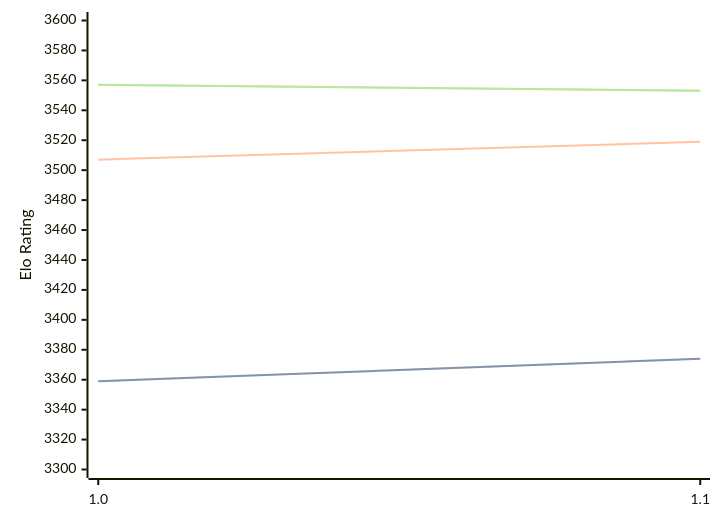
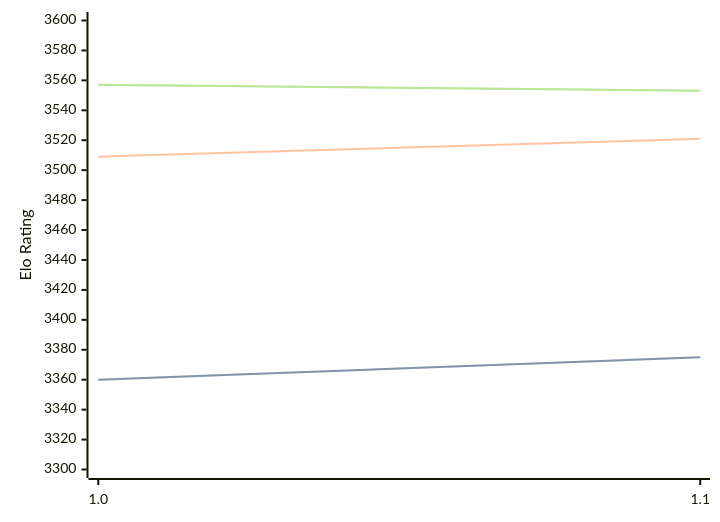
Before and after one commit to computer-chess-index/cci: the diagram in engines/Horsie.md, drawn with Mermaid. The commit also changed other lines of this file, not shown here.

Commit message:
Update CCI Ratings (ELO VLTC) - 2026-03-28

````diff
--- a/engines/Horsie.md
+++ b/engines/Horsie.md
@@ -32,11 +32,11 @@
 ```mermaid
 %%{init: {"theme":"base","themeVariables":{"seriesColors:['#a3a3a3','#222221','#faa371']}}}%%
 xychart-beta
   x-axis ["1.0", "1.1"]
   y-axis "Elo Rating" 3300 --> 3600
-  line "STC (8.0+0.08s)" [3359, 3374]
-  line "STC (8.0+0.08s)" [3359, 3374]
-  line "LTC (60.0+0.60s)" [3507, 3519]
+  line "STC (8.0+0.08s)" [3360, 3375]
+  line "STC (8.0+0.08s)" [3360, 3375]
+  line "LTC (60.0+0.60s)" [3509, 3521]
   line "VLTC (2m24s+1.12s)" [3557, 3553]
   line "VLTC (2m24s+1.12s)" [3557, 3553]
 ```
````
